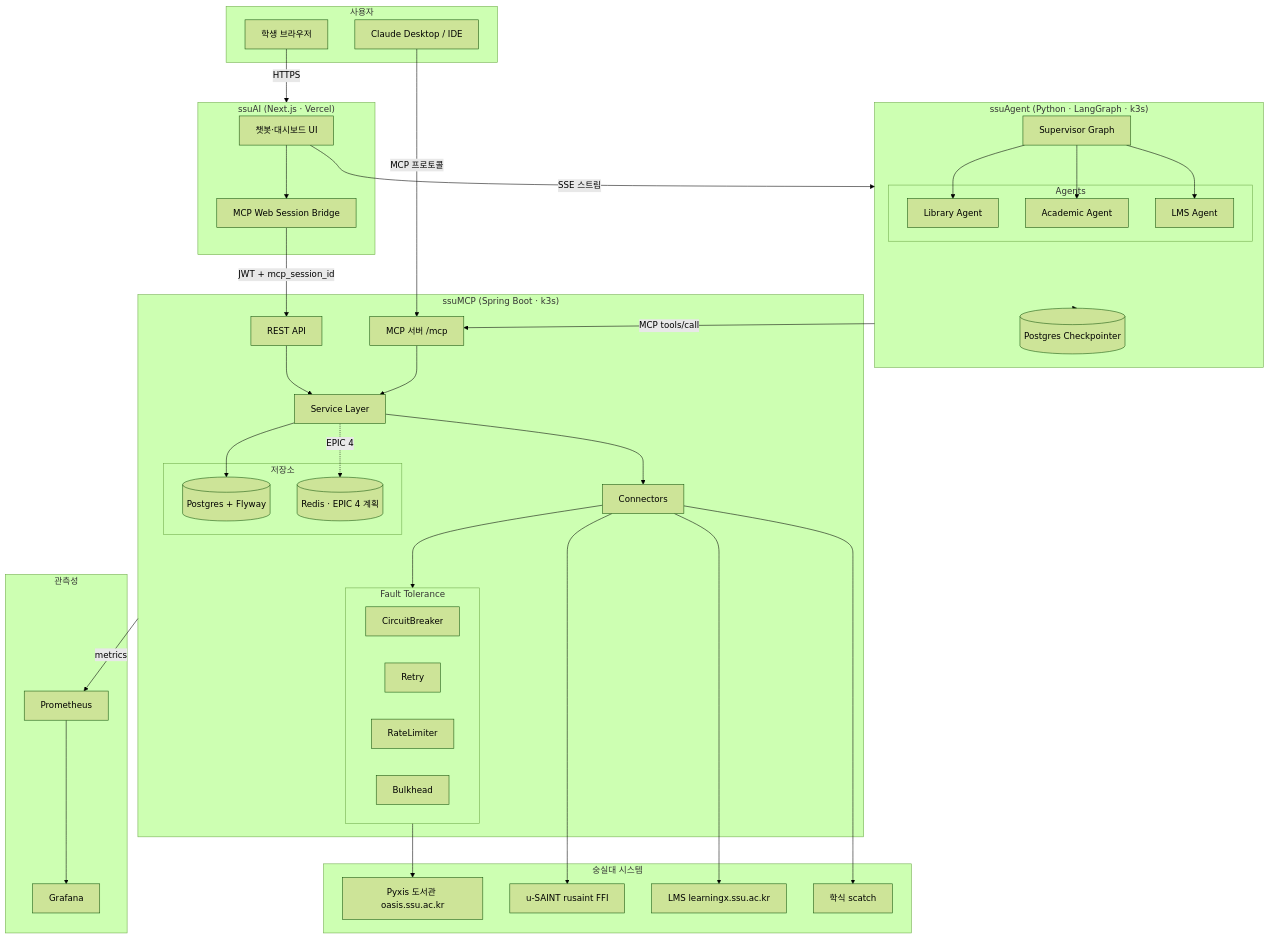
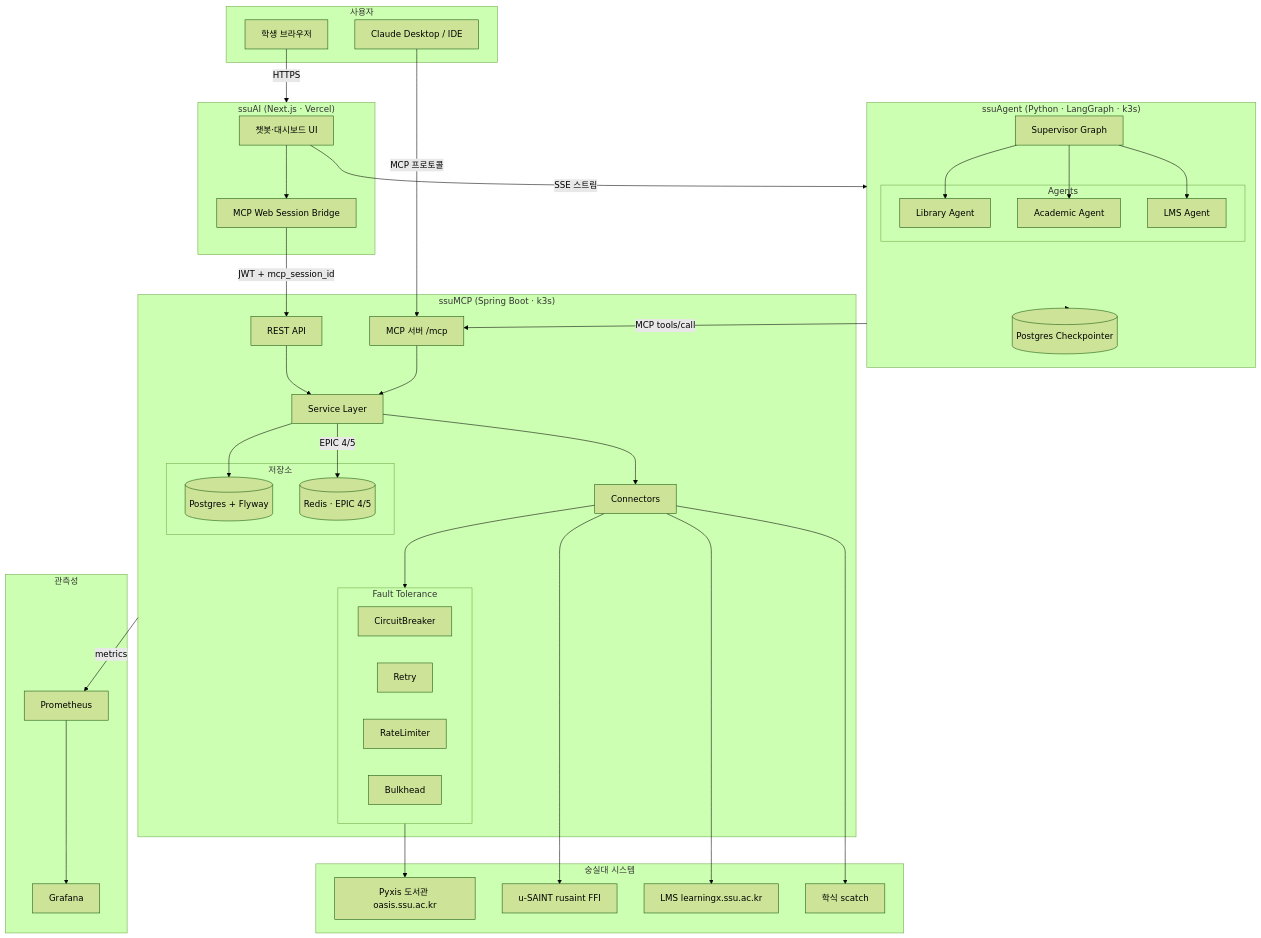
Before and after one commit to hoeongj/ssuMCP: the first of 3 diagrams in docs/architecture.md, drawn with Mermaid (forest theme). The commit also changed other lines of this file, not shown here.

Commit message:
docs(mcp): mark EPIC 4/5 and action tools as shipped in architecture

````diff
--- a/docs/architecture.md
+++ b/docs/architecture.md
@@ -20,72 +20,72 @@
 ```mermaid
 flowchart TD
     subgraph User["사용자"]
         STU[학생 브라우저]
         CD[Claude Desktop / IDE]
     end
 
     subgraph ssuAI["ssuAI (Next.js · Vercel)"]
         UI[챗봇·대시보드 UI]
         BRIDGE[MCP Web Session Bridge]
     end
 
     subgraph ssuAgent["ssuAgent (Python · LangGraph · k3s)"]
         SUP[Supervisor Graph]
         subgraph Agents
             LIB_A[Library Agent]
             ACA_A[Academic Agent]
             LMS_A[LMS Agent]
         end
         CKPT[(Postgres Checkpointer)]
     end
 
     subgraph ssuMCP["ssuMCP (Spring Boot · k3s)"]
         REST[REST API]
         MCP_S[MCP 서버 /mcp]
         SVC[Service Layer]
         CONN[Connectors]
         subgraph Resilience["Fault Tolerance"]
             CB[CircuitBreaker]
             RETRY[Retry]
             RL[RateLimiter]
             BH[Bulkhead]
         end
         subgraph Storage["저장소"]
             PG[(Postgres + Flyway)]
-            REDIS[(Redis · EPIC 4 계획)]
+            REDIS[(Redis · EPIC 4/5)]
         end
     end
 
     subgraph School["숭실대 시스템"]
         PYXIS[Pyxis 도서관 oasis.ssu.ac.kr]
         SAINT[u-SAINT rusaint FFI]
         LMS_SYS[LMS learningx.ssu.ac.kr]
         MEAL_S[학식 scatch]
     end
 
     subgraph Observability["관측성"]
         PROM[Prometheus]
         GRAF[Grafana]
     end
 
     STU -->|HTTPS| ssuAI
     CD -->|MCP 프로토콜| MCP_S
     UI --> BRIDGE
     BRIDGE -->|JWT + mcp_session_id| REST
     UI -->|SSE 스트림| ssuAgent
     SUP --> LIB_A & ACA_A & LMS_A
     ssuAgent -->|MCP tools/call| MCP_S
     REST --> SVC
     MCP_S --> SVC
     SVC --> CONN
     SVC --> PG
-    SVC -.->|EPIC 4| REDIS
+    SVC -->|EPIC 4/5| REDIS
     CONN --> Resilience
     Resilience --> PYXIS
     CONN --> SAINT
     CONN --> LMS_SYS
     CONN --> MEAL_S
     ssuMCP -->|metrics| PROM
     PROM --> GRAF
     ssuAgent --> CKPT
 ```
````
